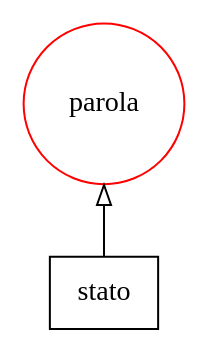
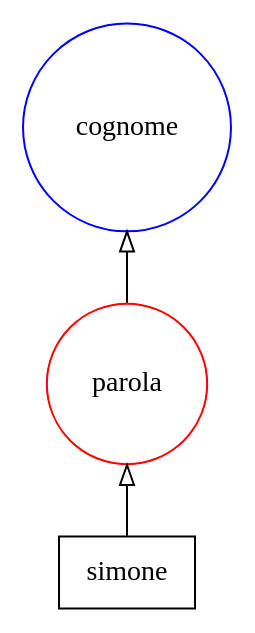
Before and after one commit to Simoruty/AI-course-project: the diagram in var/spiegazioni/tag4.dot, drawn with Graphviz. The commit also changed 283 other files, not shown here.

```diff
--- a/var/spiegazioni/tag4.dot
+++ b/var/spiegazioni/tag4.dot
@@ -1,33 +1,35 @@
 digraph {
    rankdir=BT;
    edge [arrowhead=empty];
 
    subgraph {
       rank="source";
       edge [arrowhead=normal];
       node [shape=box];
-      t5 [label="stato"];
+      t1 [label="simone"];
    }
 
    subgraph {
       rank="same";
       node [color=red,shape=circle];
-      tag4 [label=parola]; 
+      tag0 [label=parola]; 
    }
 
    subgraph {
       rank="same";
       node [color=blue,shape=circle];
+      tag4 [label=cognome]; 
    }
 
    subgraph {
       rank="same";
       node [color=green,shape=circle];
    }
 
    subgraph {
       rank="same";
       node [color=orange,shape=circle];
    }
-   t5 -> tag4;
+   tag0 -> tag4;
+   t1 -> tag0;
 }
```
